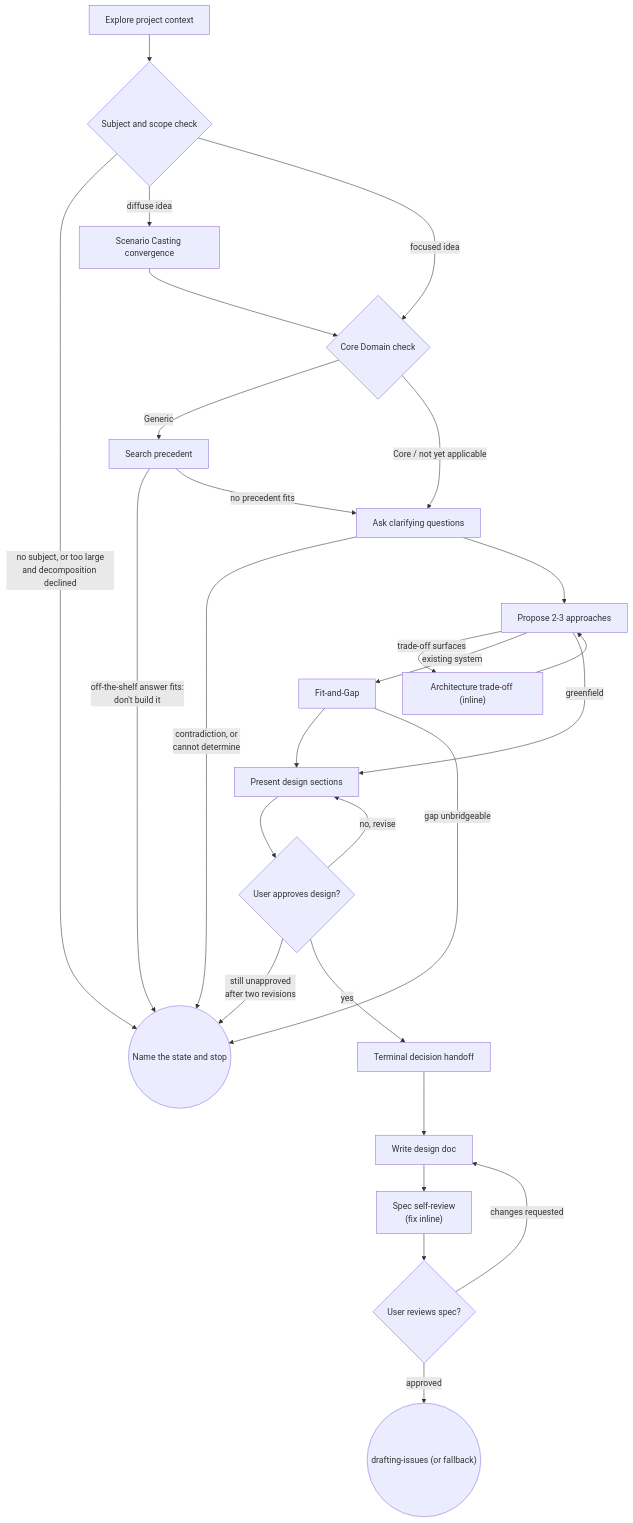
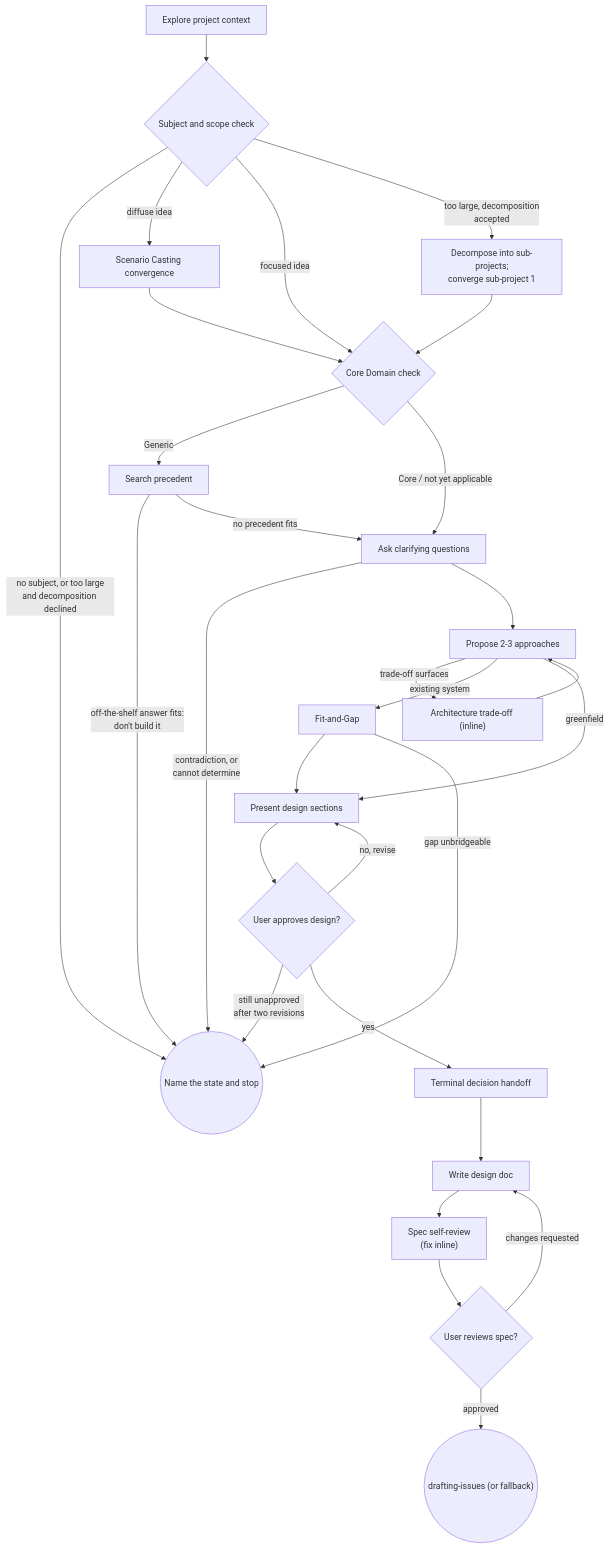
Before and after one commit to tvna/gitapex: the diagram in skills/eliciting-a-design/SKILL.md, drawn with Mermaid. The commit also changed other lines of this file, not shown here.

Commit message:
fix(eliciting-a-design): add decomposition-accepted branch to Process Flow
The Process Flow Mermaid diagram had no edge for "too large, decomposition
accepted" out of the scope decision node, even though the prose describes
that path. Add the missing edge, routing into a new decompose node that
converges sub-project 1 through the normal flow.

Also state explicitly how control returns for sub-project 2..N: since this
skill's own terminal handoff formalizes one sub-project's design into one
issue, and that sub-project's plan/implementation happen downstream of this
skill entirely, a fresh invocation is the stated default per remaining
sub-project, not an automatic same-session loop back to Step 1.

Fixes #1273

````diff
--- a/skills/eliciting-a-design/SKILL.md
+++ b/skills/eliciting-a-design/SKILL.md
@@ -60,47 +60,50 @@
 ```mermaid
 flowchart TD
     explore["Explore project context"]
     scope{"Subject and scope check"}
     core{"Core Domain check"}
     precedent["Search precedent"]
     scenario["Scenario Casting convergence"]
     ask["Ask clarifying questions"]
     stop(("Name the state and stop"))
     approaches["Propose 2-3 approaches"]
     tradeoff["Architecture trade-off (inline)"]
     fitgap["Fit-and-Gap"]
     present["Present design sections"]
     approved{"User approves design?"}
     handoff["Terminal decision handoff"]
     writedoc["Write design doc"]
     selfreview["Spec self-review<br/>(fix inline)"]
     userreview{"User reviews spec?"}
     issueformalize(("drafting-issues (or fallback)"))
+    decompose["Decompose into sub-projects;<br/>converge sub-project 1"]
 
     explore --> scope
     scope -->|"no subject, or too large<br/>and decomposition declined"| stop
     scope -->|"diffuse idea"| scenario
     scope -->|"focused idea"| core
+    scope -->|"too large, decomposition<br/>accepted"| decompose
+    decompose --> core
     scenario --> core
     core -->|"Generic"| precedent
     core -->|"Core / not yet applicable"| ask
     precedent -->|"off-the-shelf answer fits:<br/>don't build it"| stop
     precedent -->|"no precedent fits"| ask
     ask -->|"contradiction, or<br/>cannot determine"| stop
     ask --> approaches
     approaches -->|"trade-off surfaces"| tradeoff
     tradeoff --> approaches
     approaches -->|"existing system"| fitgap
     approaches -->|"greenfield"| present
     fitgap --> present
     fitgap -->|"gap unbridgeable"| stop
     present --> approved
     approved -->|"no, revise"| present
     approved -->|"still unapproved<br/>after two revisions"| stop
     approved -->|"yes"| handoff
     handoff --> writedoc
     writedoc --> selfreview
     selfreview --> userreview
     userreview -->|"changes requested"| writedoc
     userreview -->|"approved"| issueformalize
 ```
````
